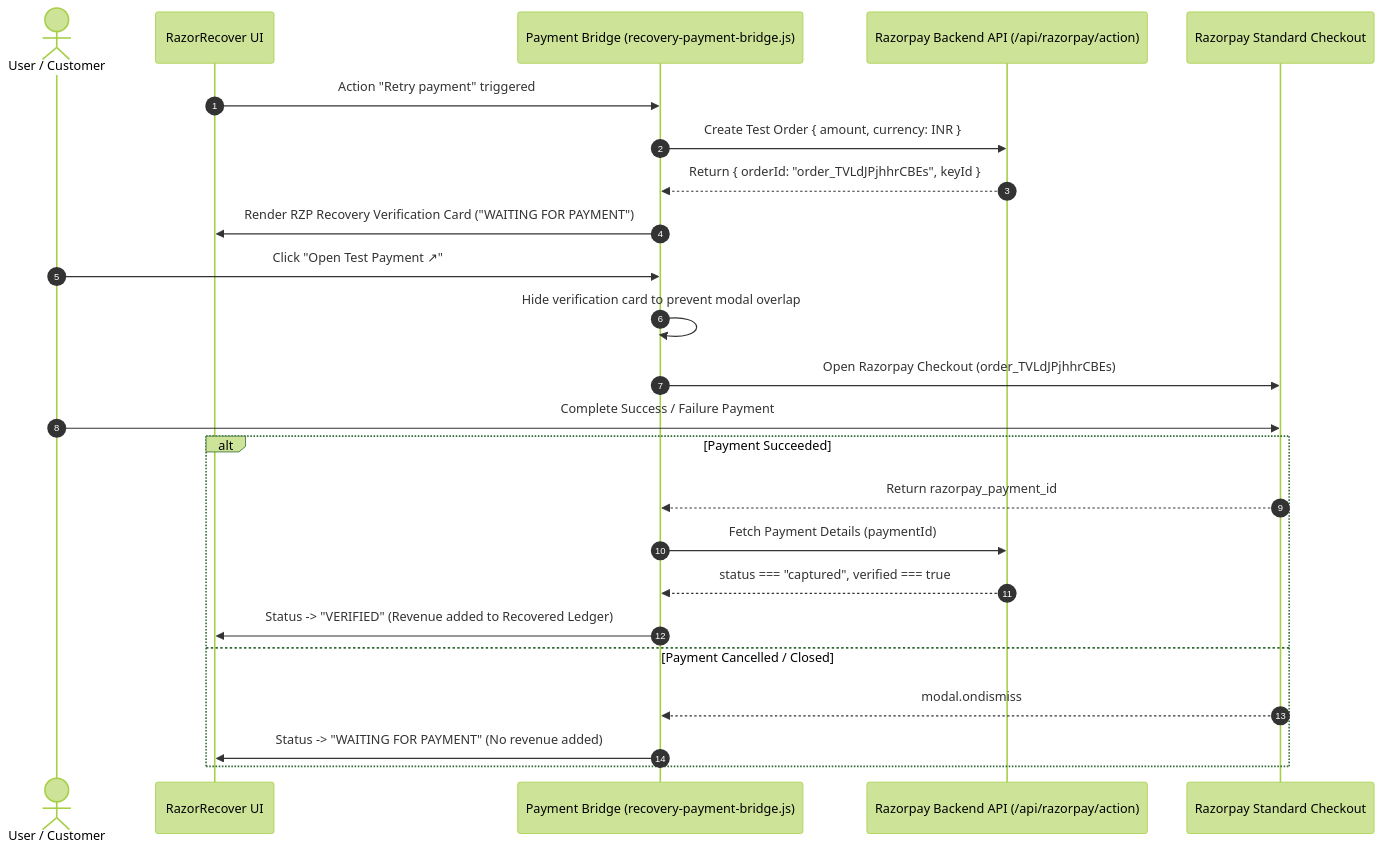
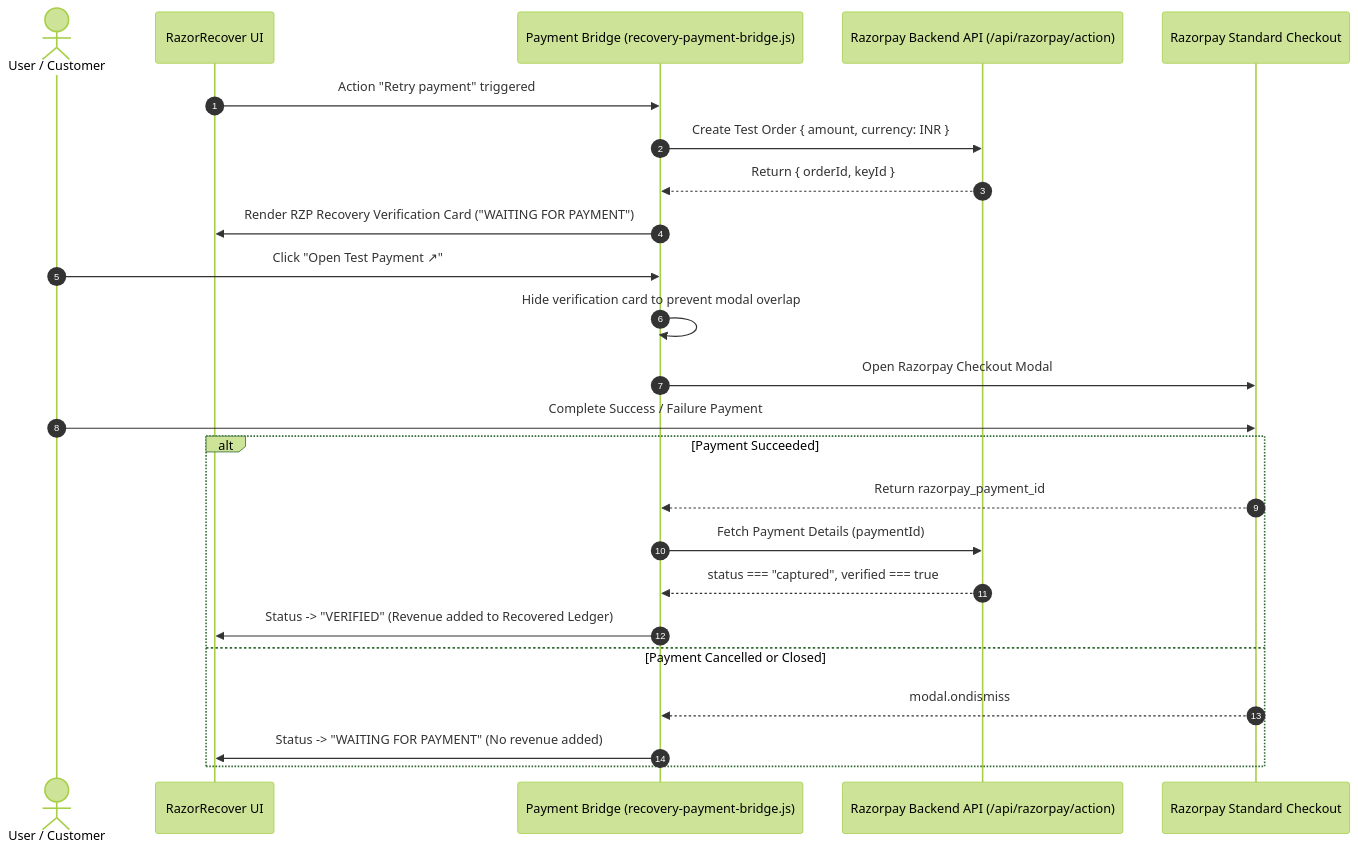
One commit to Lokeshwar2005/razorrecover-ai changed the sixth of 6 diagrams in README.md. Above: the diagram before and after it, drawn with Mermaid (forest theme). The commit also changed other lines of this file, not shown here.

Commit message:
docs: fix Mermaid syntax quotes for GitHub rich display rendering

````diff
--- a/README.md
+++ b/README.md
@@ -258,27 +258,27 @@
 ```mermaid
 sequenceDiagram
     autonumber
     actor Customer as User / Customer
     participant UI as RazorRecover UI
     participant Bridge as Payment Bridge (recovery-payment-bridge.js)
     participant RZP_API as Razorpay Backend API (/api/razorpay/action)
     participant RZP_Modal as Razorpay Standard Checkout
 
     UI->>Bridge: Action "Retry payment" triggered
     Bridge->>RZP_API: Create Test Order { amount, currency: INR }
-    RZP_API-->>Bridge: Return { orderId: "order_TVLdJPjhhrCBEs", keyId }
+    RZP_API-->>Bridge: Return { orderId, keyId }
     Bridge->>UI: Render RZP Recovery Verification Card ("WAITING FOR PAYMENT")
     Customer->>Bridge: Click "Open Test Payment ↗"
     Bridge->>Bridge: Hide verification card to prevent modal overlap
-    Bridge->>RZP_Modal: Open Razorpay Checkout (order_TVLdJPjhhrCBEs)
+    Bridge->>RZP_Modal: Open Razorpay Checkout Modal
     Customer->>RZP_Modal: Complete Success / Failure Payment
     alt Payment Succeeded
         RZP_Modal-->>Bridge: Return razorpay_payment_id
         Bridge->>RZP_API: Fetch Payment Details (paymentId)
         RZP_API-->>Bridge: status === "captured", verified === true
         Bridge->>UI: Status -> "VERIFIED" (Revenue added to Recovered Ledger)
-    else Payment Cancelled / Closed
+    else Payment Cancelled or Closed
         RZP_Modal-->>Bridge: modal.ondismiss
         Bridge->>UI: Status -> "WAITING FOR PAYMENT" (No revenue added)
     end
 ```
````
